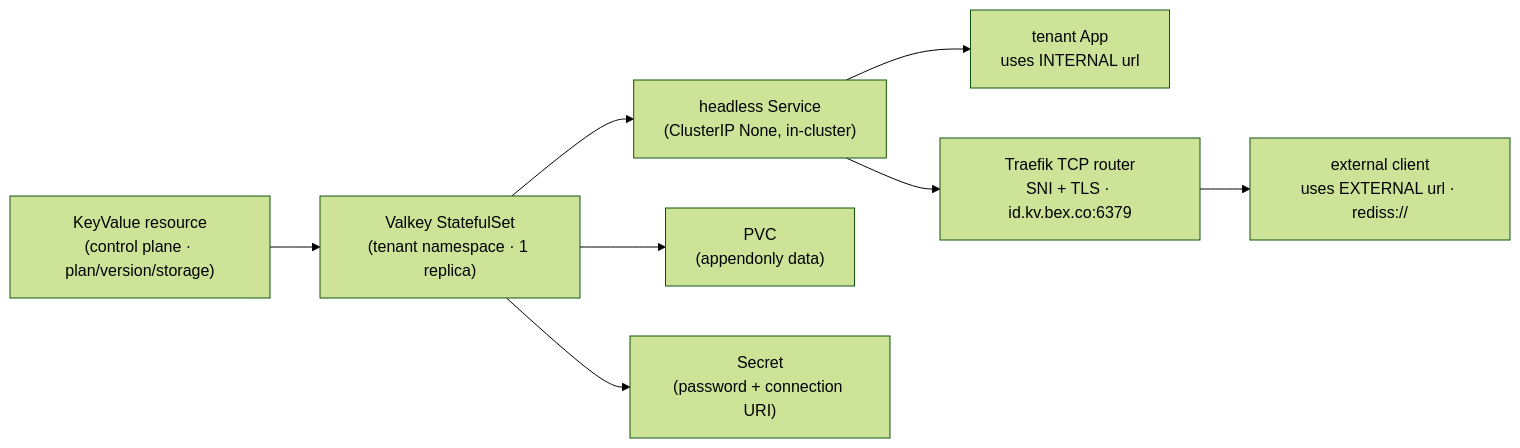
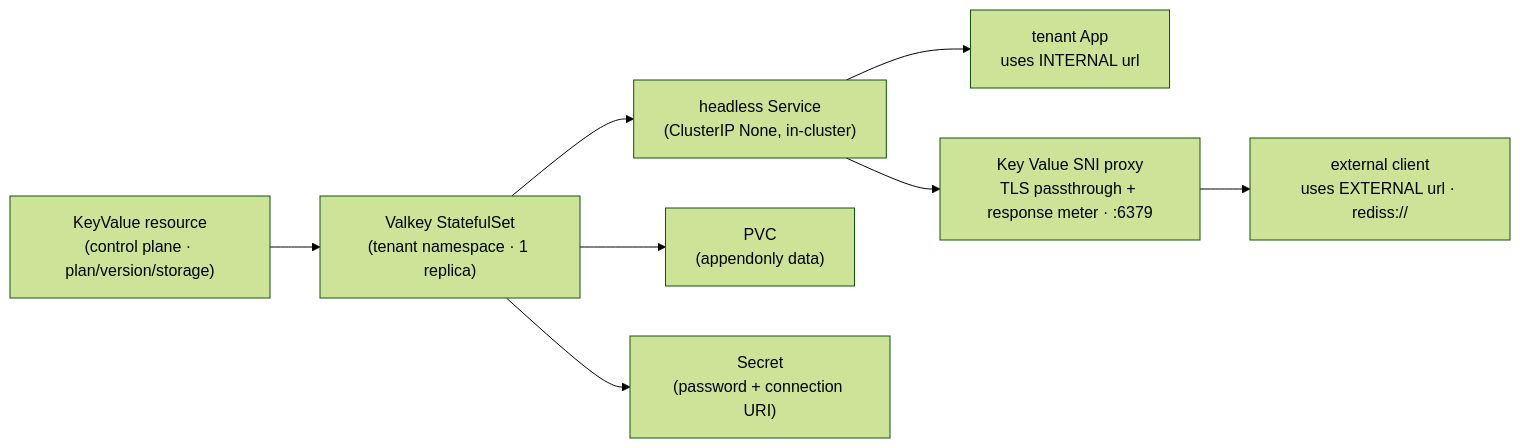
Before and after one commit to cuckoo-network/cuckoo: the diagram in docs/ADR021-keyvalue-management.md, drawn with Mermaid (forest theme). The commit also changed other lines of this file and 115 other files, not shown here.

````diff
--- a/docs/ADR021-keyvalue-management.md
+++ b/docs/ADR021-keyvalue-management.md
@@ -15,10 +15,10 @@
 ```mermaid
 flowchart LR
   kv["KeyValue resource<br/>(control plane · plan/version/storage)"] --> sts["Valkey StatefulSet<br/>(tenant namespace · 1 replica)"]
   sts --> svc["headless Service<br/>(ClusterIP None, in-cluster)"]
   sts --> pvc["PVC<br/>(appendonly data)"]
   sts --> sec["Secret<br/>(password + connection URI)"]
   svc --> appx["tenant App<br/>uses INTERNAL url"]
-  svc --> tcp["Traefik TCP router<br/>SNI + TLS · id.kv.bex.co:6379"]
+  svc --> tcp["Key Value SNI proxy<br/>TLS passthrough + response meter · :6379"]
   tcp --> ext["external client<br/>uses EXTERNAL url · rediss://"]
 ```
````
